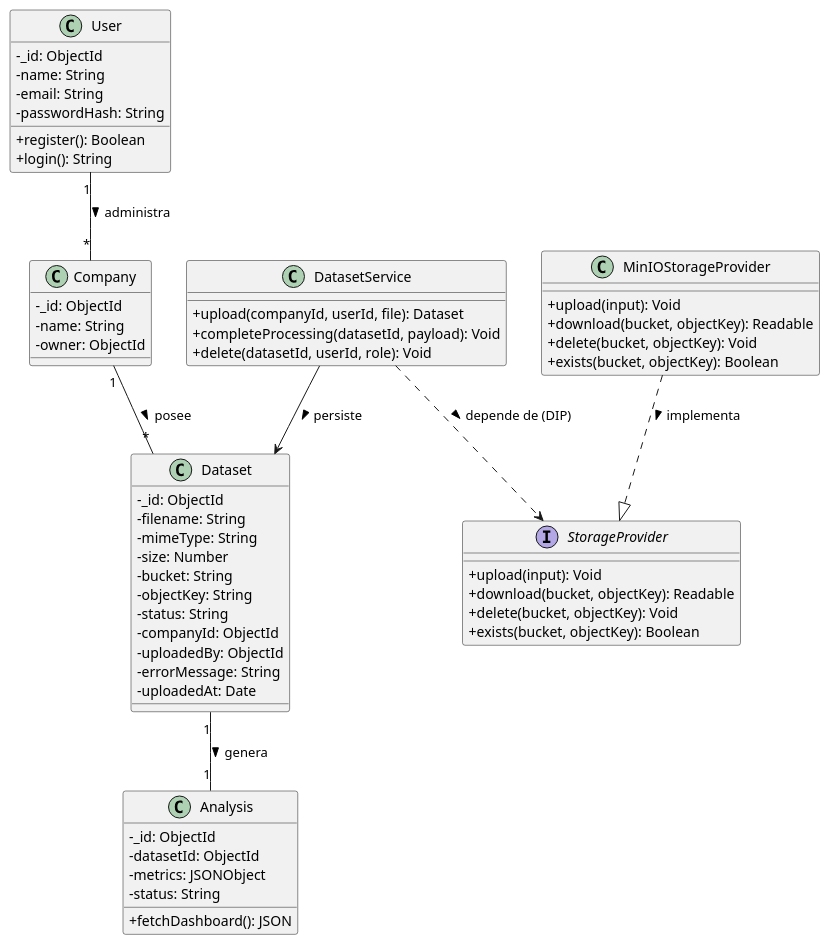
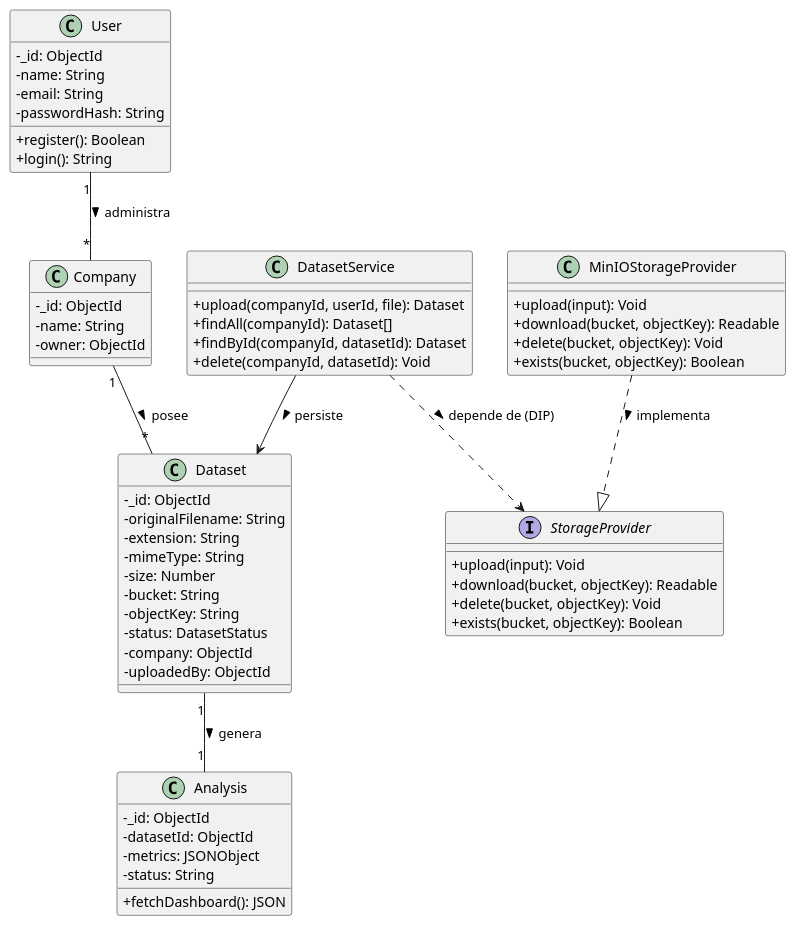
One commit to ezepurro/business-dashboard changed the second of 6 diagrams in docs/srs.md. Above: the diagram before and after it, drawn with PlantUML. The commit also changed other lines of this file and 2 other files, not shown here.

````diff
--- a/docs/srs.md
+++ b/docs/srs.md
@@ -105,69 +116,69 @@
 ```plantuml
 @startuml
 skinparam classAttributeIconSize 0
 
 class User {
     - _id: ObjectId
     - name: String
     - email: String
     - passwordHash: String
     + register(): Boolean
     + login(): String
 }
 
 class Company {
     - _id: ObjectId
     - name: String
     - owner: ObjectId
 }
 
 class Dataset {
     - _id: ObjectId
-    - filename: String
+    - originalFilename: String
+    - extension: String
     - mimeType: String
     - size: Number
     - bucket: String
     - objectKey: String
-    - status: String
-    - companyId: ObjectId
+    - status: DatasetStatus
+    - company: ObjectId
     - uploadedBy: ObjectId
-    - errorMessage: String
-    - uploadedAt: Date
 }
 
 class Analysis {
     - _id: ObjectId
     - datasetId: ObjectId
     - metrics: JSONObject
     - status: String
     + fetchDashboard(): JSON
 }
 
 interface StorageProvider {
     + upload(input): Void
     + download(bucket, objectKey): Readable
     + delete(bucket, objectKey): Void
     + exists(bucket, objectKey): Boolean
 }
 
 class MinIOStorageProvider {
     + upload(input): Void
     + download(bucket, objectKey): Readable
     + delete(bucket, objectKey): Void
     + exists(bucket, objectKey): Boolean
 }
 
 class DatasetService {
     + upload(companyId, userId, file): Dataset
-    + completeProcessing(datasetId, payload): Void
-    + delete(datasetId, userId, role): Void
+    + findAll(companyId): Dataset[]
+    + findById(companyId, datasetId): Dataset
+    + delete(companyId, datasetId): Void
 }
 
 User "1" -- "*" Company : administra >
 Company "1" -- "*" Dataset : posee >
 Dataset "1" -- "1" Analysis : genera >
 DatasetService ..> StorageProvider : depende de (DIP) >
 MinIOStorageProvider ..|> StorageProvider : implementa >
 DatasetService --> Dataset : persiste >
 @endum
 ```
````
